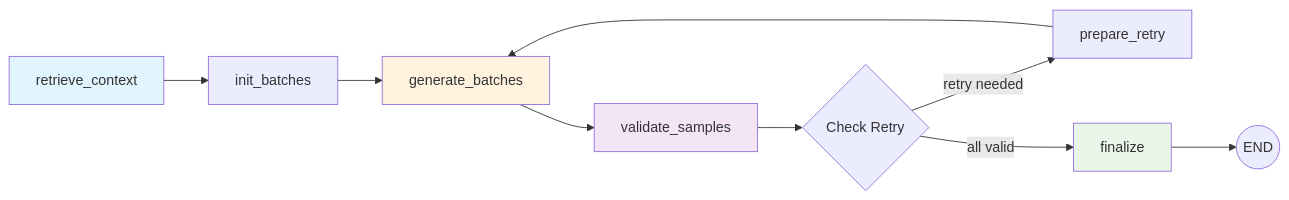
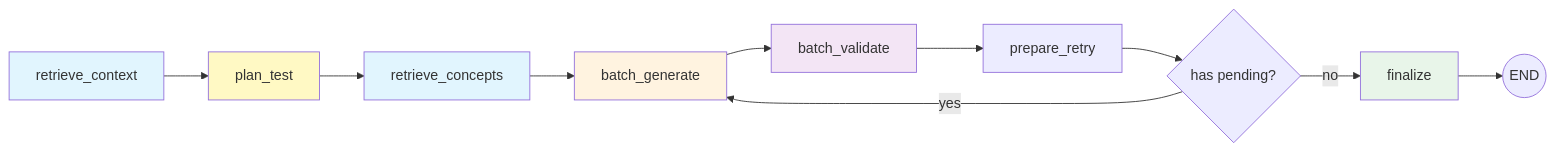
The second of 8 diagrams in backend/docs/architecture.md (freger-ucu/ai-tutor), drawn with Mermaid before and after one commit. The commit also changed other lines of this file and 2 other files, not shown here.

Commit message:
update docs on test generation

````diff
--- a/backend/docs/architecture.md
+++ b/backend/docs/architecture.md
@@ -74,16 +74,19 @@
 ```mermaid
 graph LR
-    A[retrieve_context] --> B[init_batches]
-    B --> C[generate_batches]
-    C --> D[validate_samples]
-    D --> E{Check Retry}
-    E -->|"retry needed"| F[prepare_retry]
-    F --> C
-    E -->|"all valid"| G[finalize]
-    G --> H((END))
+    A[retrieve_context] --> B[plan_test]
+    B --> C[retrieve_concepts]
+    C --> D[batch_generate]
+    D --> E[batch_validate]
+    E --> F[prepare_retry]
+    F --> G{has pending?}
+    G -->|yes| D
+    G -->|no| H[finalize]
+    H --> I((END))
 
     style A fill:#e1f5fe
-    style C fill:#fff3e0
-    style D fill:#f3e5f5
-    style G fill:#e8f5e9
+    style B fill:#fff9c4
+    style C fill:#e1f5fe
+    style D fill:#fff3e0
+    style E fill:#f3e5f5
+    style H fill:#e8f5e9
 ```
````
